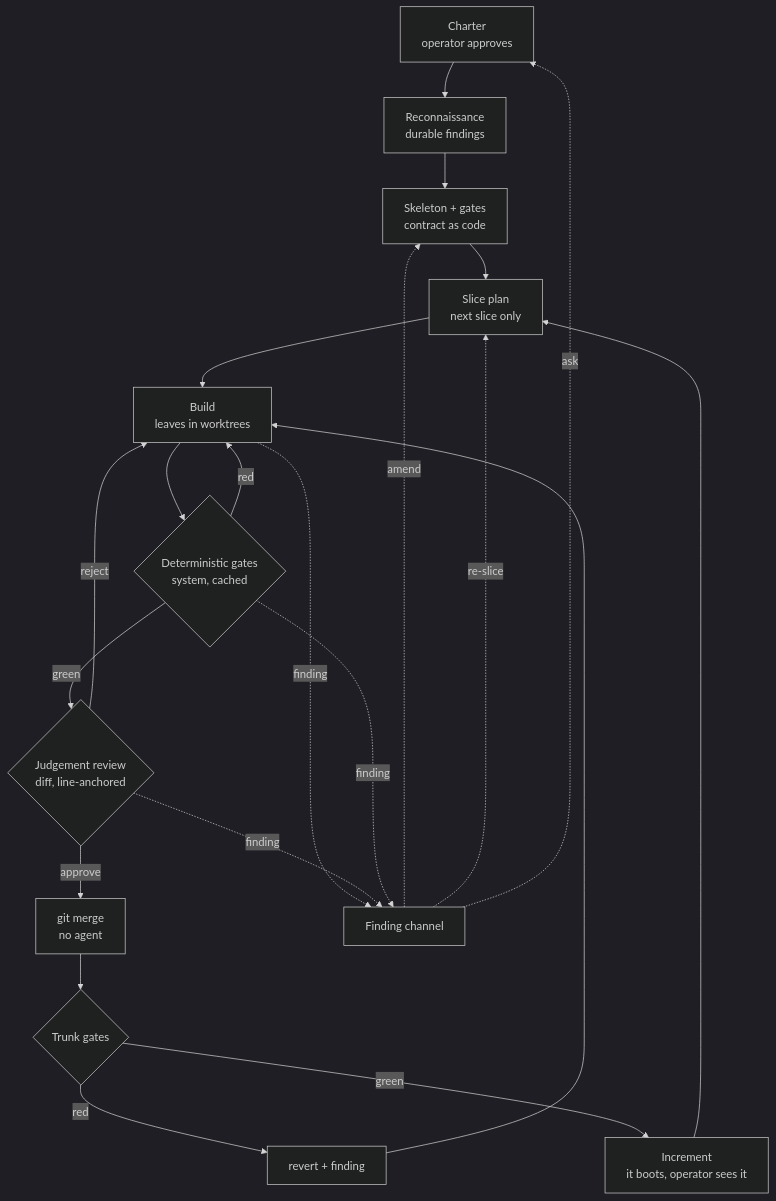
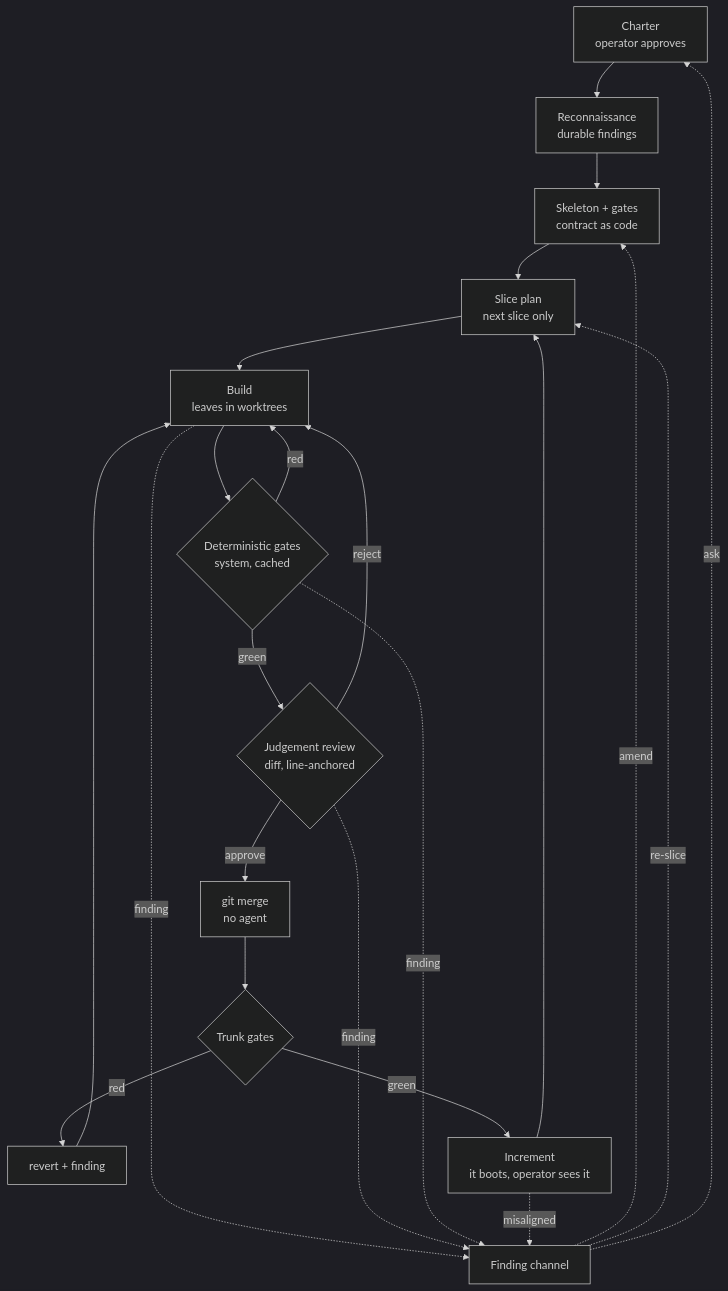
One commit to Aureliolo/synthorg changed the first of 5 diagrams in docs/design/build-loop.md. Above: the diagram before and after it, drawn with Mermaid (dark theme). The commit also changed other lines of this file, not shown here.

````diff
--- a/docs/design/build-loop.md
+++ b/docs/design/build-loop.md
@@ -48,23 +48,24 @@
 ```mermaid
 flowchart TD
     C[Charter<br/>operator approves] --> R[Reconnaissance<br/>durable findings]
     R --> S[Skeleton + gates<br/>contract as code]
     S --> P[Slice plan<br/>next slice only]
     P --> B[Build<br/>leaves in worktrees]
     B --> G{Deterministic gates<br/>system, cached}
     G -- red --> B
     G -- green --> V{Judgement review<br/>diff, line-anchored}
     V -- reject --> B
     V -- approve --> M[git merge<br/>no agent]
     M --> T{Trunk gates}
     T -- red --> RV[revert + finding]
     RV --> B
     T -- green --> I[Increment<br/>it boots, operator sees it]
     I --> P
     B -.finding.-> F[Finding channel]
     V -.finding.-> F
     G -.finding.-> F
+    I -.misaligned.-> F
     F -.amend.-> S
     F -.re-slice.-> P
     F -.ask.-> C
 ```
````
